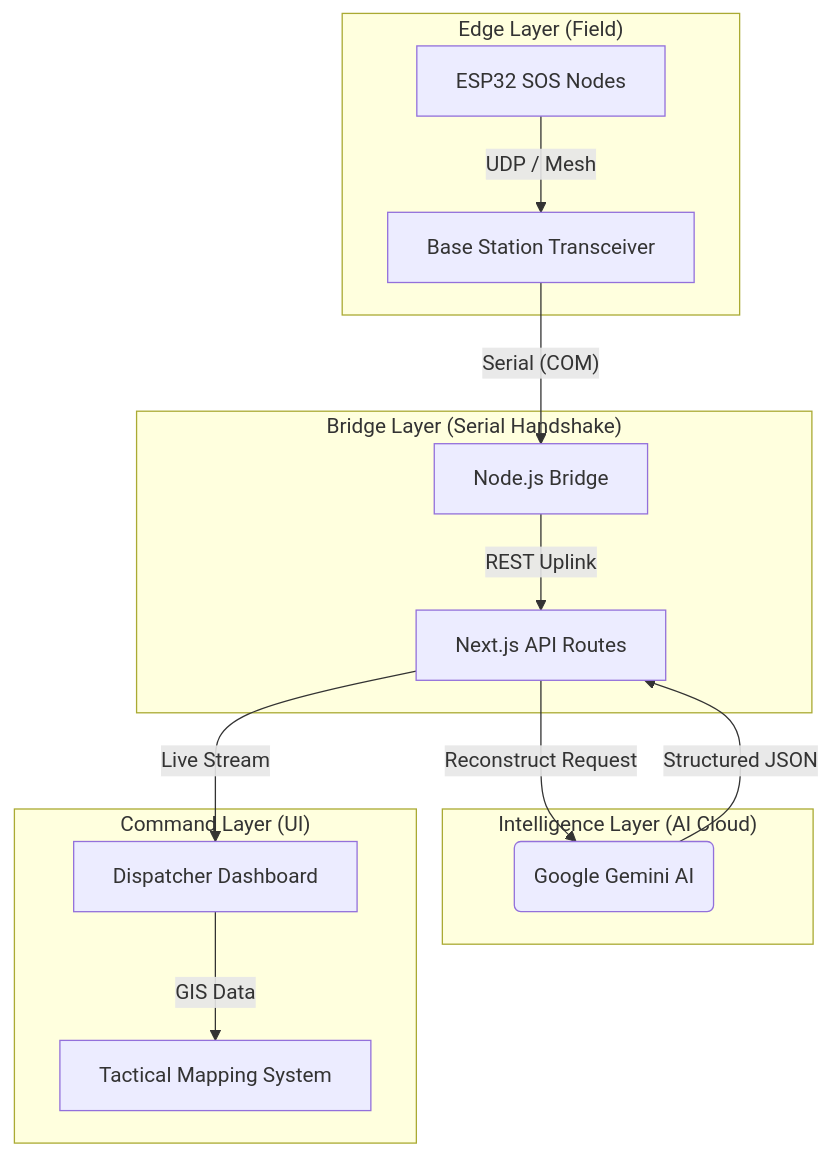
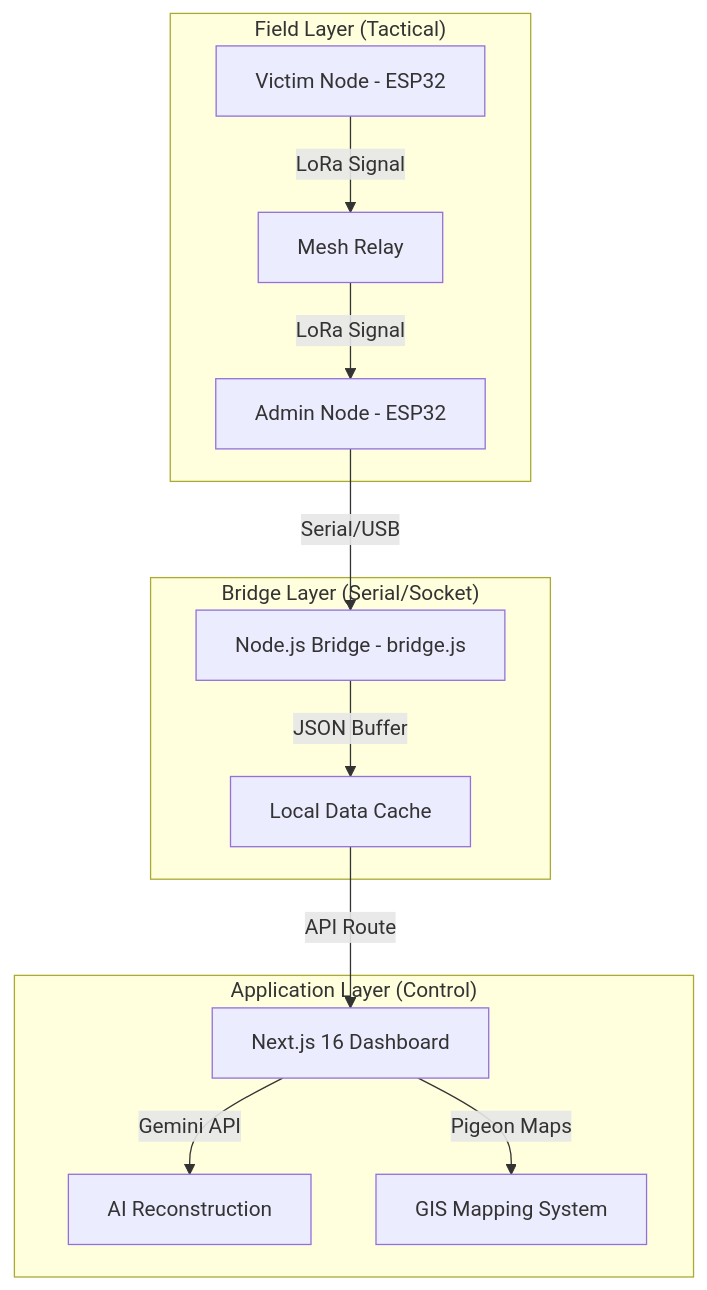
Before and after one commit to Arjun3574/Aerolink: the diagram in README.md, drawn with Mermaid. The commit also changed other lines of this file and 3 other files, not shown here.

Commit message:
Tactical overhaul: Overhauled README with professional LoRa/AI/GIS specifications and finalized system documentation

````diff
--- a/README.md
+++ b/README.md
@@ -13,21 +37,18 @@
 ```mermaid
 graph TD
-    subgraph "Edge Layer (Field)"
-        ESP[ESP32 SOS Nodes] -- "UDP / Mesh" --> BS[Base Station Transceiver]
+    subgraph "Field Layer (Tactical)"
+        A[Victim Node - ESP32] -->|LoRa Signal| B[Mesh Relay]
+        B -->|LoRa Signal| C[Admin Node - ESP32]
     end
-
-    subgraph "Bridge Layer (Serial Handshake)"
-        BS -- "Serial (COM)" --> NB[Node.js Bridge]
-        NB -- "REST Uplink" --> API[Next.js API Routes]
+    
+    subgraph "Bridge Layer (Serial/Socket)"
+        C -->|Serial/USB| D[Node.js Bridge - bridge.js]
+        D -->|JSON Buffer| E[Local Data Cache]
     end
-
-    subgraph "Intelligence Layer (AI Cloud)"
-        API -- "Reconstruct Request" --> Gemini(Google Gemini AI)
-        Gemini -- "Structured JSON" --> API
-    end
-
-    subgraph "Command Layer (UI)"
-        API -- "Live Stream" --> Dashboard[Dispatcher Dashboard]
-        Dashboard -- "GIS Data" --> Map[Tactical Mapping System]
+    
+    subgraph "Application Layer (Control)"
+        E -->|API Route| F[Next.js 16 Dashboard]
+        F -->|Gemini API| G[AI Reconstruction]
+        F -->|Pigeon Maps| H[GIS Mapping System]
     end
 ```
````
